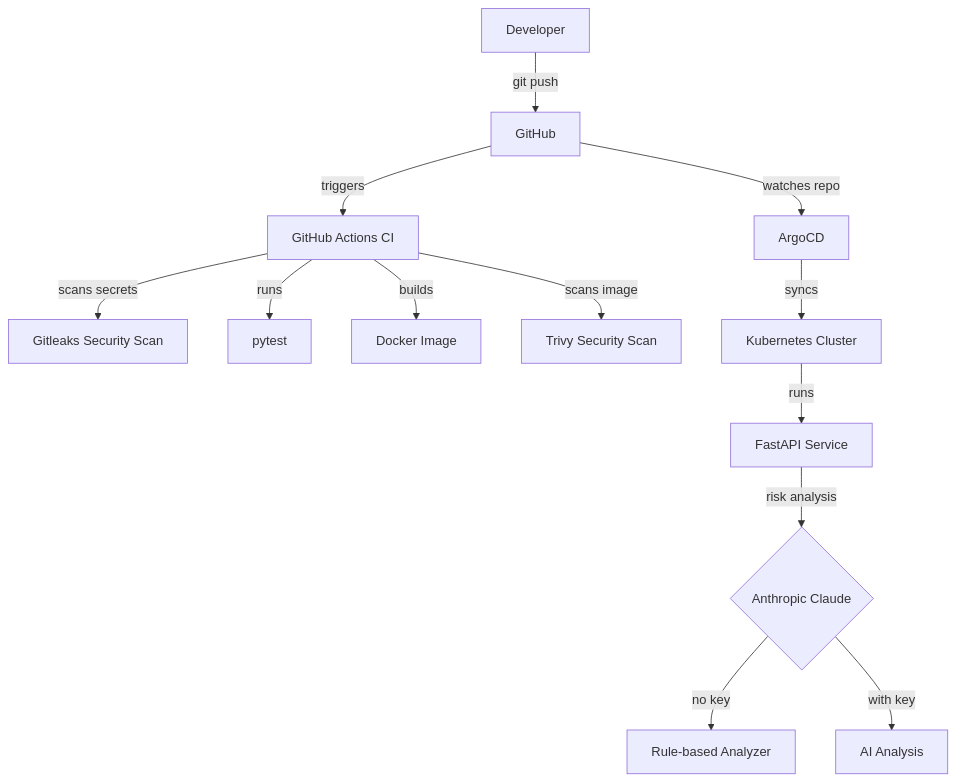
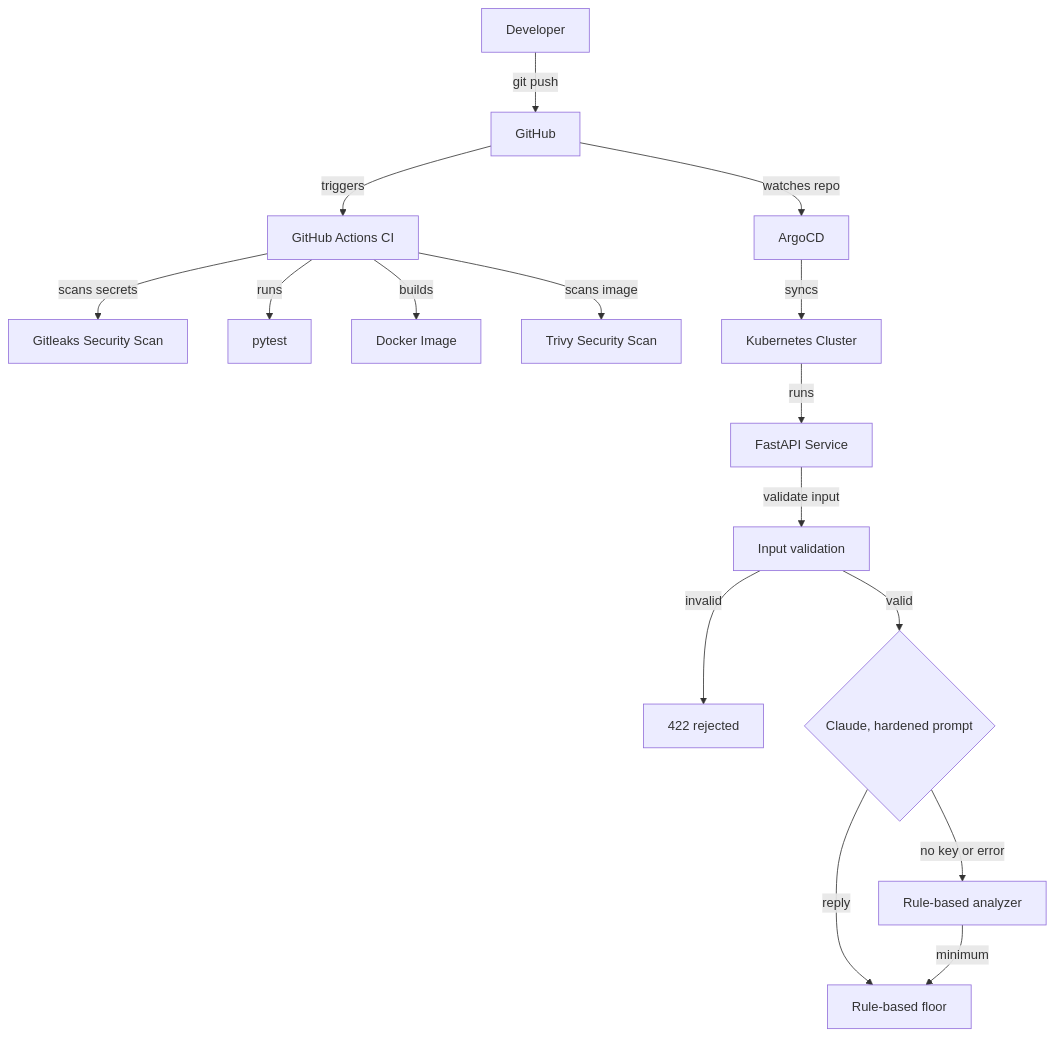
Before and after one commit to gamzehelinaslan/ai-ops-platform: the diagram in README.md, drawn with Mermaid. The commit also changed other lines of this file, not shown here.

````diff
--- a/README.md
+++ b/README.md
@@ -7,15 +92,18 @@
 ```mermaid
 graph TD
     Dev[Developer] -->|git push| GH[GitHub]
     GH -->|triggers| CI[GitHub Actions CI]
     CI -->|scans secrets| Gitleaks[Gitleaks Security Scan]
     CI -->|runs| Tests[pytest]
     CI -->|builds| Docker[Docker Image]
     CI -->|scans image| Trivy[Trivy Security Scan]
     GH -->|watches repo| ArgoCD[ArgoCD]
     ArgoCD -->|syncs| K8s[Kubernetes Cluster]
     K8s -->|runs| API[FastAPI Service]
-    API -->|risk analysis| AI{Anthropic Claude}
-    AI -->|no key| Mock[Rule-based Analyzer]
-    AI -->|with key| Claude[AI Analysis]
+    API -->|validate input| Val[Input validation]
+    Val -->|invalid| Rej[422 rejected]
+    Val -->|valid| AI{Claude, hardened prompt}
+    AI -->|no key or error| Rules[Rule-based analyzer]
+    AI -->|reply| Floor[Rule-based floor]
+    Rules -->|minimum| Floor
 ```
````
